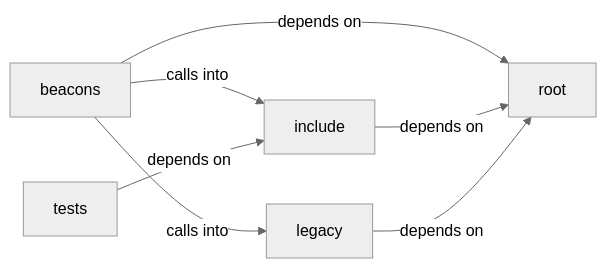
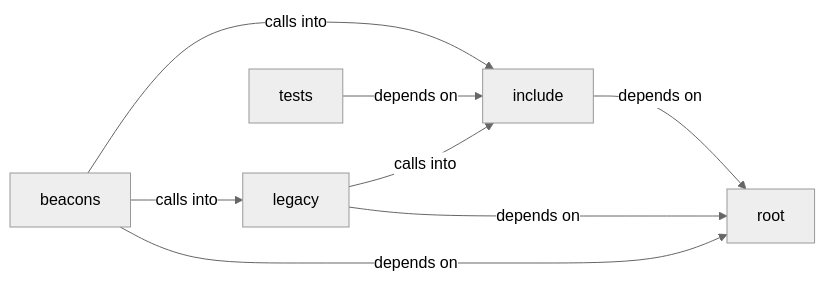
The diagram in readmenator-diagrams/legacy.md (grisuno/blacksandbeacon), drawn with Mermaid (neutral theme) before and after one commit. The commit also changed 119 other files, not shown here.

````diff
--- a/readmenator-diagrams/legacy.md
+++ b/readmenator-diagrams/legacy.md
@@ -5,14 +5,15 @@
 ```mermaid
 graph LR
     beacons["beacons"]
     include["include"]
     legacy["legacy"]
     root["root"]
     tests["tests"]
     beacons -- "calls into" --> include
     beacons -- "calls into" --> legacy
     beacons -- "depends on" --> root
     include -- "depends on" --> root
+    legacy -- "calls into" --> include
     legacy -- "depends on" --> root
     tests -- "depends on" --> include
 ```
````
